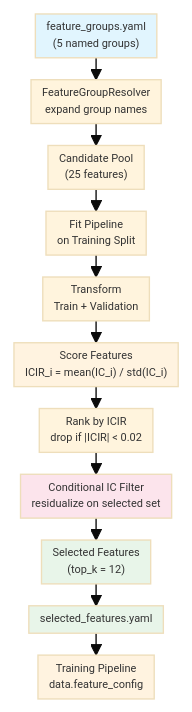
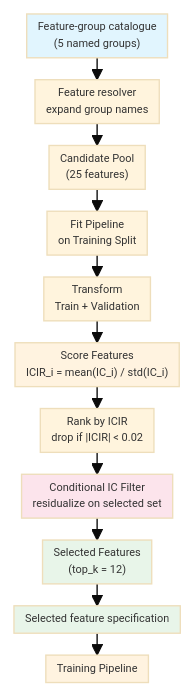
One commit to kwojdalski/masters_thesis changed the sixth of 6 diagrams in thesis/qmd/src/99-appendix.qmd. Above: the diagram before and after it, drawn with Mermaid. The commit also changed other lines of this file and 15 other files, not shown here.

````diff
--- a/thesis/qmd/src/99-appendix.qmd
+++ b/thesis/qmd/src/99-appendix.qmd
@@ -433,28 +419,28 @@
 ```{mermaid}
 %%| fig-align: center
 %%| fig-width: 2.75
 %%| fig-height: 3.75
 %%{init: {'theme': 'base', 'themeVariables': {'fontSize': '8px'}, 'flowchart': {'nodeSpacing': 12, 'rankSpacing': 16, 'padding': 4, 'useMaxWidth': true}}}%%
 flowchart TD
-    GRP["feature_groups.yaml<br/>(5 named groups)"]
-    RES["FeatureGroupResolver<br/>expand group names"]
+    GRP["Feature-group catalogue<br/>(5 named groups)"]
+    RES["Feature resolver<br/>expand group names"]
     POOL["Candidate Pool<br/>(25 features)"]
 
     GRP --> RES --> POOL
 
     POOL --> FIT["Fit Pipeline<br/>on Training Split"]
     FIT --> TRANS["Transform<br/>Train + Validation"]
     TRANS --> SCORE["Score Features<br/>ICIR_i = mean(IC_i) / std(IC_i)"]
     SCORE --> RANK["Rank by ICIR<br/>drop if |ICIR| < 0.02"]
     RANK --> FILTER["Conditional IC Filter<br/>residualize on selected set"]
     FILTER --> SEL["Selected Features<br/>(top_k = 12)"]
-    SEL --> YAML["selected_features.yaml"]
-    YAML --> TRAIN["Training Pipeline<br/>data.feature_config"]
+    SEL --> SPEC["Selected feature specification"]
+    SPEC --> TRAIN["Training Pipeline"]
 
     style GRP fill:#e1f5fe
     style SEL fill:#e8f5e9
-    style YAML fill:#e8f5e9
+    style SPEC fill:#e8f5e9
     style TRAIN fill:#fff3e0
     style SCORE fill:#fff3e0
     style FILTER fill:#fce4ec
 ```
````
